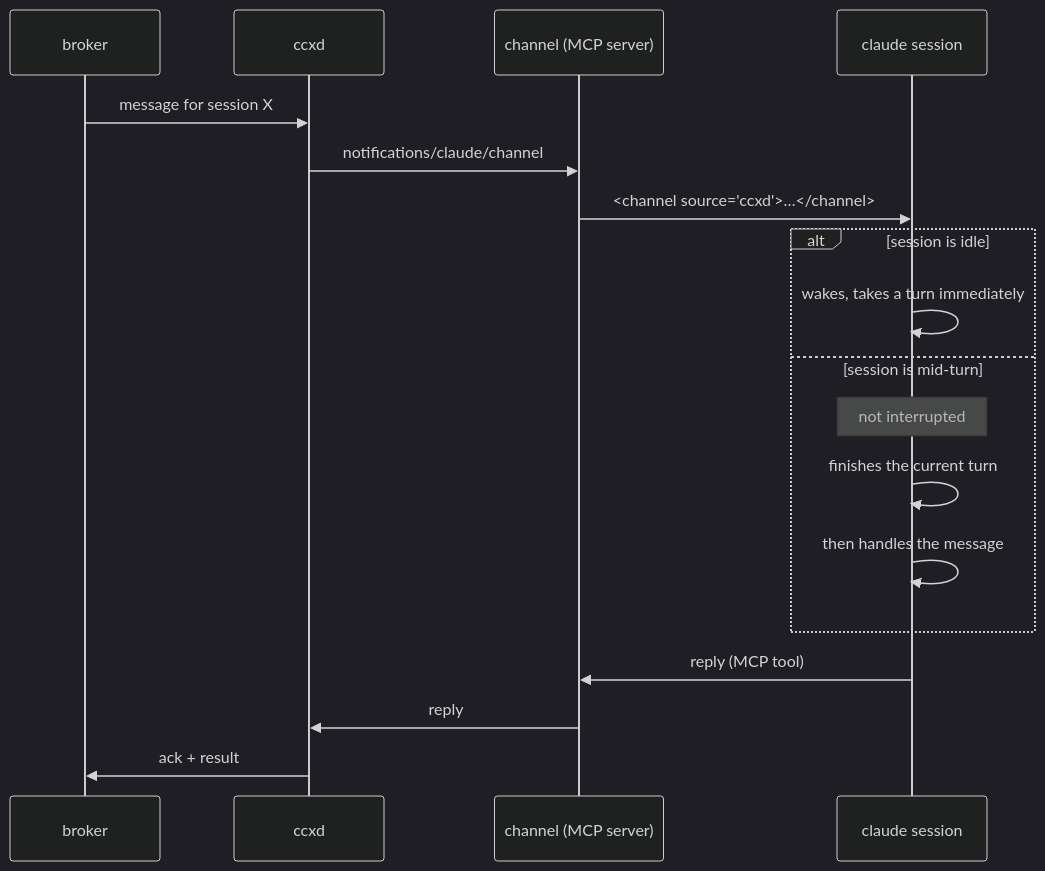
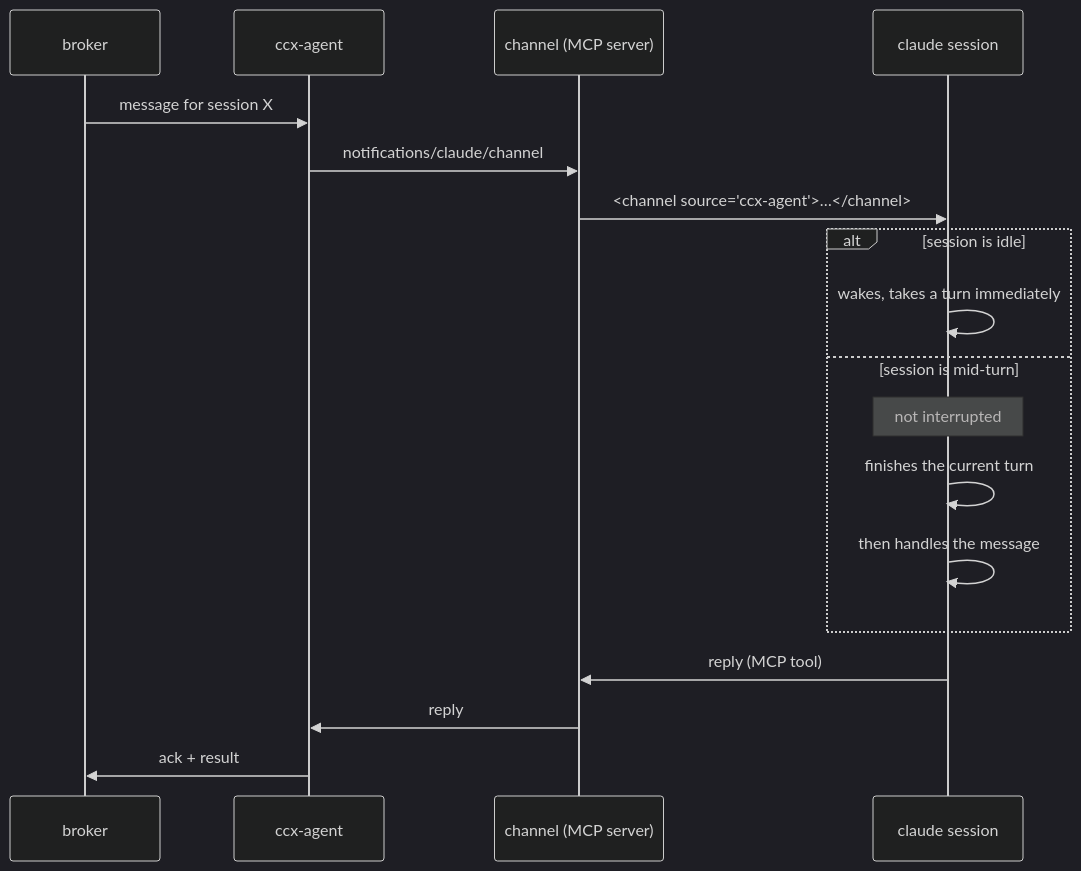
Before and after one commit to TakashiAihara/ccx: the second of 2 diagrams in docs/design/transport.md, drawn with Mermaid (dark theme). The commit also changed other lines of this file and 58 other files, not shown here.

First line of the commit message:
chore: rename ccxd to ccx-agent (#131)

````diff
--- a/docs/design/transport.md
+++ b/docs/design/transport.md
@@ -79,23 +79,23 @@
 ```mermaid
 sequenceDiagram
     participant B as broker
-    participant D as ccxd
+    participant D as ccx-agent
     participant C as channel (MCP server)
     participant S as claude session
 
     B->>D: message for session X
     D->>C: notifications/claude/channel
-    C->>S: <channel source="ccxd">…</channel>
+    C->>S: <channel source="ccx-agent">…</channel>
 
     alt session is idle
         S->>S: wakes, takes a turn immediately
     else session is mid-turn
         Note over S: not interrupted
         S->>S: finishes the current turn
         S->>S: then handles the message
     end
 
     S->>C: reply (MCP tool)
     C->>D: reply
     D->>B: ack + result
 ```
````
